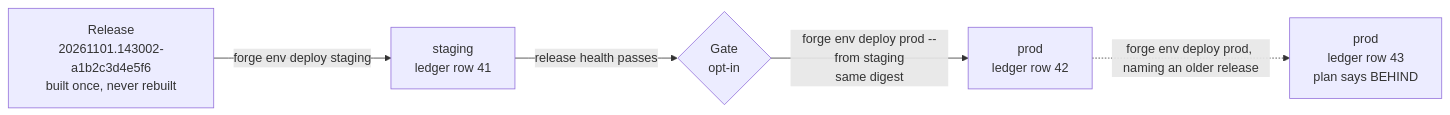
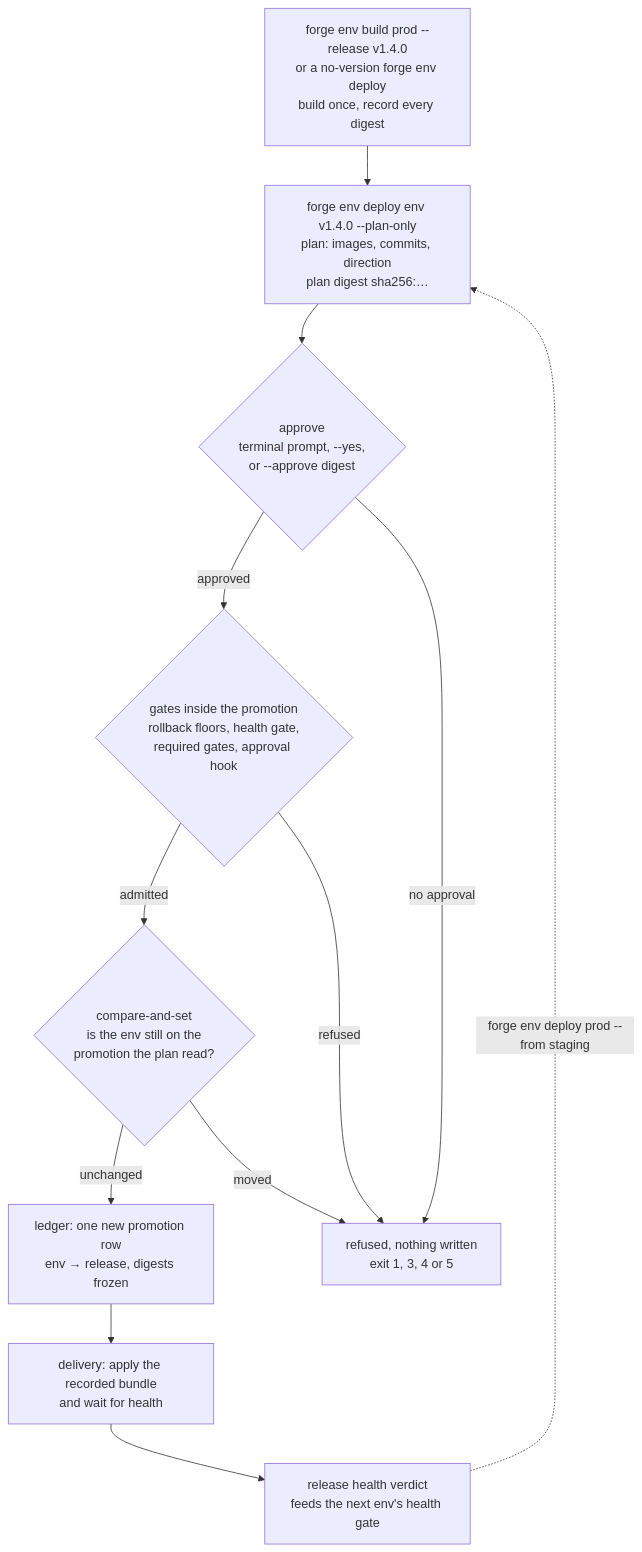
Before and after one commit to reliant-labs/reliant: the diagram in docs/forge/deploy/releases-and-promotion.mdx, drawn with Mermaid. The commit also changed other lines of this file and 5 other files, not shown here.

Commit message:
docs(guides): deep dives on forge generate, the daemon security model and the life of a release; loop an agent until tests pass

````diff
--- a/docs/forge/deploy/releases-and-promotion.mdx
+++ b/docs/forge/deploy/releases-and-promotion.mdx
@@ -11,8 +26,22 @@
 ```mermaid
-flowchart LR
-    R["Release<br/>20261101.143002-a1b2c3d4e5f6<br/>built once, never rebuilt"]
-    R -->|"forge env deploy staging"| S["staging<br/>ledger row 41"]
-    S -->|"release health passes"| G{"Gate<br/>opt-in"}
-    G -->|"forge env deploy prod --from staging<br/>same digest"| P["prod<br/>ledger row 42"]
-    P -.->|"forge env deploy prod, naming an older release"| P2["prod<br/>ledger row 43<br/>plan says BEHIND"]
+flowchart TD
+    B["forge env build prod --release v1.4.0<br/>or a no-version forge env deploy<br/>build once, record every digest"]
+    P["forge env deploy env v1.4.0 --plan-only<br/>plan: images, commits, direction<br/>plan digest sha256:…"]
+    A{"approve<br/>terminal prompt, --yes,<br/>or --approve digest"}
+    G{"gates inside the promotion<br/>rollback floors, health gate,<br/>required gates, approval hook"}
+    C{"compare-and-set<br/>is the env still on the<br/>promotion the plan read?"}
+    L["ledger: one new promotion row<br/>env → release, digests frozen"]
+    D["delivery: apply the recorded bundle<br/>and wait for health"]
+    V["release health verdict<br/>feeds the next env's health gate"]
+    X["refused, nothing written<br/>exit 1, 3, 4 or 5"]
+
+    B --> P --> A
+    A -->|approved| G
+    A -->|no approval| X
+    G -->|admitted| C
+    G -->|refused| X
+    C -->|unchanged| L
+    C -->|moved| X
+    L --> D --> V
+    V -.->|"forge env deploy prod --from staging"| P
 ```
````
